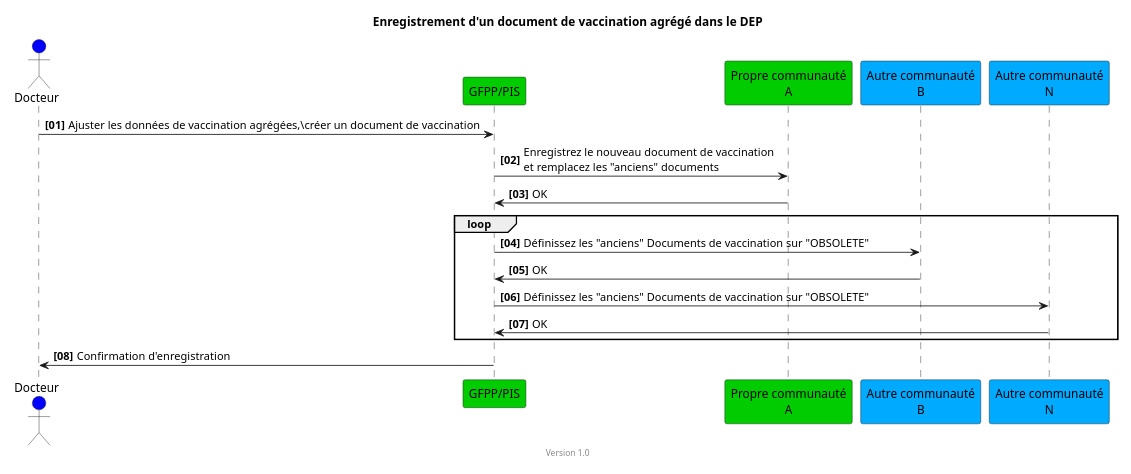
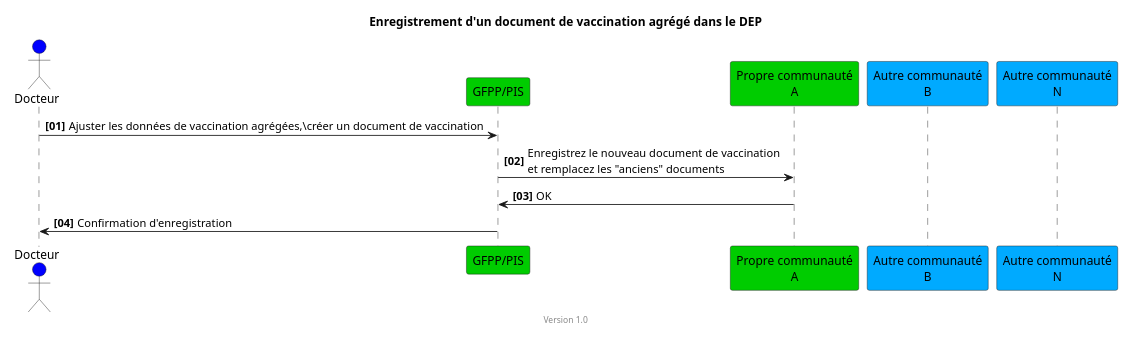
The diagram in input/images-source/epd-save-and-replace-vaccination-doc-simple-fr.plantuml (hl7ch/ch-vacd), drawn with PlantUML before and after one commit. The commit also changed 11 other files, not shown here.

Commit message:
#194 precise and fix the sequence diagrams. remove pseudonomise and change GFPP/PIS for patient to Portal

```diff
--- a/input/images-source/epd-save-and-replace-vaccination-doc-simple-fr.plantuml
+++ b/input/images-source/epd-save-and-replace-vaccination-doc-simple-fr.plantuml
@@ -1,27 +1,27 @@
 @startuml
 title Enregistrement d'un document de vaccination agrégé dans le DEP
 footer Version 1.0
 skinparam responseMessageBelowArrow true
 scale max 800 width
 
 actor Docteur #blue
 participant "GFPP/PIS" #00CC00
 participant "Propre communauté\nA" #00CC00
 participant "Autre communauté\nB" #00aaff
 participant "Autre communauté\nN" #00aaff
 
 autonumber "<b>[00]"
 Docteur -> "GFPP/PIS": Ajuster les données de vaccination agrégées,\créer un document de vaccination
 "GFPP/PIS" -> "Propre communauté\nA": Enregistrez le nouveau document de vaccination\net remplacez les "anciens" documents
 "Propre communauté\nA" -> "GFPP/PIS": OK
 
-loop
-"GFPP/PIS" -> "Autre communauté\nB": Définissez les "anciens" Documents de vaccination sur "OBSOLETE"
-"Autre communauté\nB" -> "GFPP/PIS": OK
+' loop
+' "GFPP/PIS" -> "Autre communauté\nB": Définissez les "anciens" Documents de vaccination sur "OBSOLETE"
+' "Autre communauté\nB" -> "GFPP/PIS": OK
 
-"GFPP/PIS" -> "Autre communauté\nN": Définissez les "anciens" Documents de vaccination sur "OBSOLETE"
-"Autre communauté\nN" -> "GFPP/PIS": OK
-end
+' "GFPP/PIS" -> "Autre communauté\nN": Définissez les "anciens" Documents de vaccination sur "OBSOLETE"
+' "Autre communauté\nN" -> "GFPP/PIS": OK
+' end
 "GFPP/PIS" -> Docteur: Confirmation d'enregistration
 
 @enduml
```
